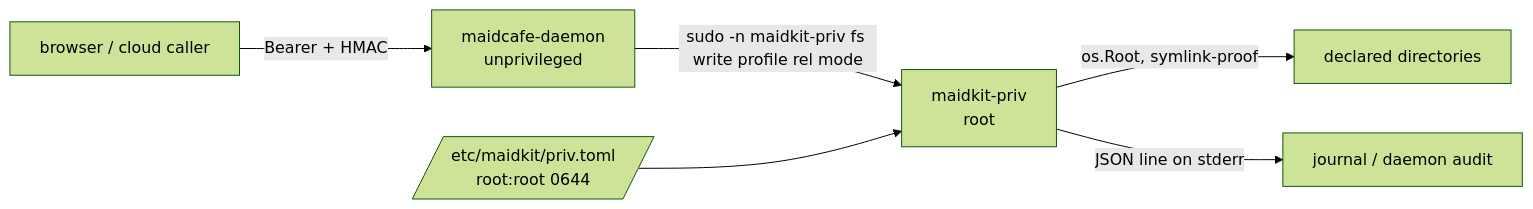
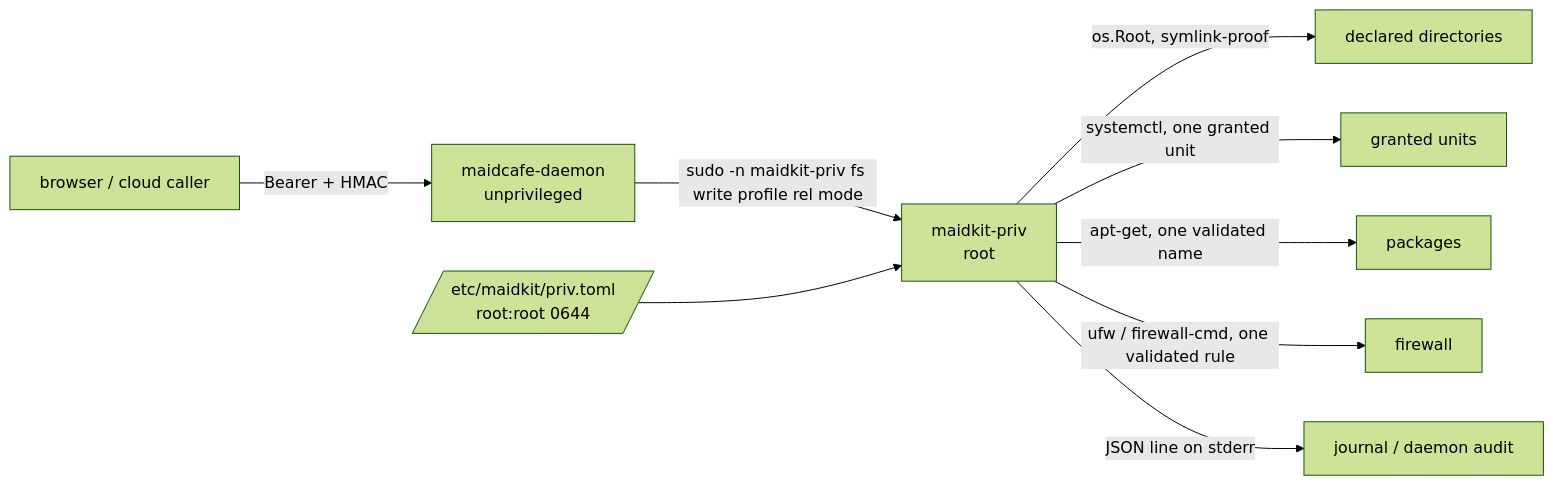
One commit to Solsynth/MaidCafe changed the diagram in docs/PRIVILEGED.md. Above: the diagram before and after it, drawn with Mermaid (forest theme). The commit also changed other lines of this file and 14 other files, not shown here.

````diff
--- a/docs/PRIVILEGED.md
+++ b/docs/PRIVILEGED.md
@@ -29,8 +29,11 @@
 ```mermaid
 graph LR
   C[browser / cloud caller] -->|Bearer + HMAC| D[maidcafe-daemon<br/>unprivileged]
   D -->|sudo -n maidkit-priv fs write profile rel mode| H[maidkit-priv<br/>root]
   P[/etc/maidkit/priv.toml<br/>root:root 0644/] --> H
   H -->|os.Root, symlink-proof| F[declared directories]
+  H -->|systemctl, one granted unit| U[granted units]
+  H -->|apt-get, one validated name| K[packages]
+  H -->|ufw / firewall-cmd, one validated rule| W[firewall]
   H -->|JSON line on stderr| A[journal / daemon audit]
 ```
````
